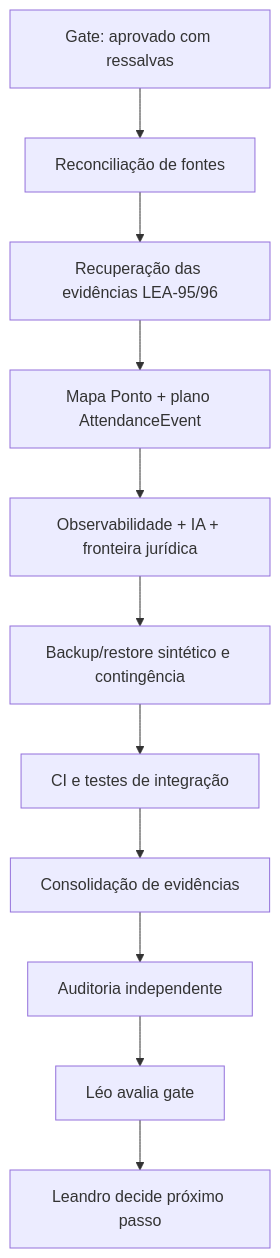
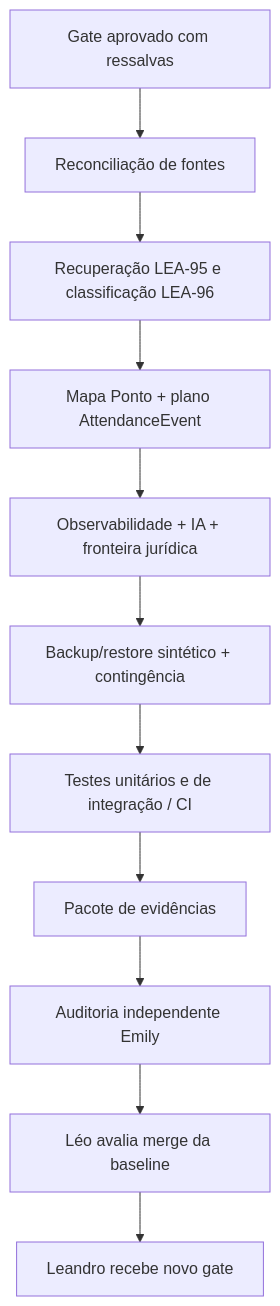
Before and after one commit to leon337/reconhecimento_facial: the diagram in ROADMAP_CURRENT.md, drawn with Mermaid. The commit also changed other lines of this file, not shown here.

Commit message:
docs(lea-133): concluir linha de montagem da FASE 12

````diff
--- a/ROADMAP_CURRENT.md
+++ b/ROADMAP_CURRENT.md
@@ -31,13 +32,13 @@
 ```mermaid
 flowchart TD
-    A[Gate: aprovado com ressalvas] --> B[Reconciliação de fontes]
-    B --> C[Recuperação das evidências LEA-95/96]
+    A[Gate aprovado com ressalvas] --> B[Reconciliação de fontes]
+    B --> C[Recuperação LEA-95 e classificação LEA-96]
     C --> D[Mapa Ponto + plano AttendanceEvent]
     D --> E[Observabilidade + IA + fronteira jurídica]
-    E --> F[Backup/restore sintético e contingência]
-    F --> G[CI e testes de integração]
-    G --> H[Consolidação de evidências]
-    H --> I[Auditoria independente]
-    I --> J[Léo avalia gate]
-    J --> K[Leandro decide próximo passo]
+    E --> F[Backup/restore sintético + contingência]
+    F --> G[Testes unitários e de integração / CI]
+    G --> H[Pacote de evidências]
+    H --> I[Auditoria independente Emily]
+    I --> J[Léo avalia merge da baseline]
+    J --> K[Leandro recebe novo gate]
 ```
````
